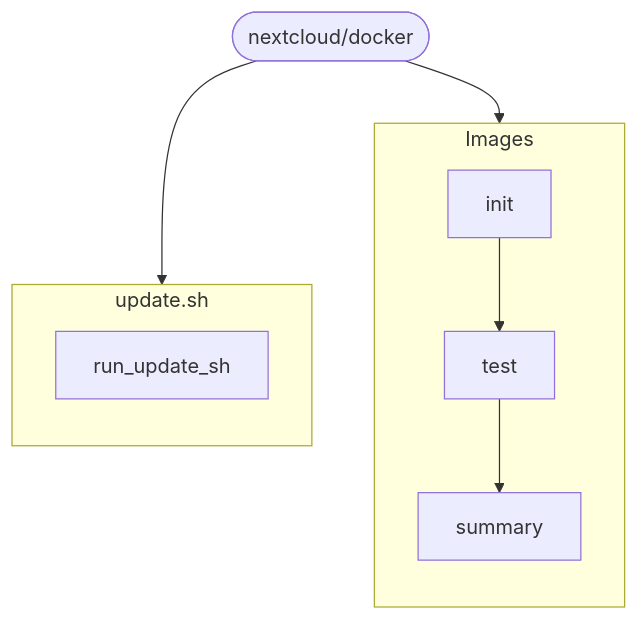
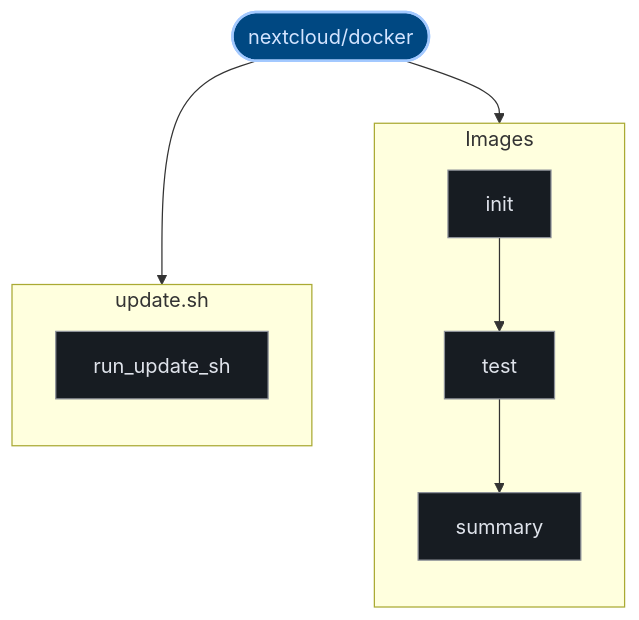
Before and after one commit to kumarshaz/atruss-code-atlas: the third of 3 diagrams in exports/latest/reports/nextcloud-docker-report.md, drawn with Mermaid. The commit also changed other lines of this file and 331 other files, not shown here.

Commit message:
docs,ui,fix: update SDLC docs, reorder CI/CD DAG first, stylize Mermaid, and fix Arc42 pipeline topology

````diff
--- a/exports/latest/reports/nextcloud-docker-report.md
+++ b/exports/latest/reports/nextcloud-docker-report.md
@@ -557,18 +568,25 @@
 ```mermaid
 graph TD;
-  pipeline_root(["nextcloud/docker"])
+  classDef atlasRoot fill:#004882,stroke:#a3c9ff,stroke-width:2px,color:#d3e4ff
+  classDef atlasCategory fill:#212428,stroke:#E87A48,stroke-width:1.5px,color:#dfe3eb
+  classDef atlasWorkflow fill:#1b2026,stroke:#a3c9ff,stroke-width:1.5px,color:#dfe3eb
+  classDef atlasJob fill:#171c22,stroke:#8d9199,stroke-width:1px,color:#dfe3eb
+  classDef atlasTarget fill:#005227,stroke:#8bd99b,stroke-width:1.5px,color:#a7f6b6
+  classDef atlasAlert fill:#93000a,stroke:#ffb4ab,stroke-width:1.5px,color:#ffdad6
+  classDef atlasMore fill:#252a31,stroke:#8d9199,stroke-dasharray:4 4,color:#c3c6cf
+  pipeline_root(["nextcloud/docker"]):::atlasRoot
   subgraph Images_0["Images"]
     direction TB
-    0_init["init"]
-    0_test["test"]
+    0_init["init"]:::atlasJob
+    0_test["test"]:::atlasJob
     0_init --> 0_test
-    0_summary["summary"]
+    0_summary["summary"]:::atlasJob
     0_test --> 0_summary
   end
   pipeline_root --> 0_init
   subgraph update_sh_1["update.sh"]
     direction TB
-    1_run_update_sh["run_update_sh"]
+    1_run_update_sh["run_update_sh"]:::atlasJob
   end
   pipeline_root --> 1_run_update_sh
 ```
````
